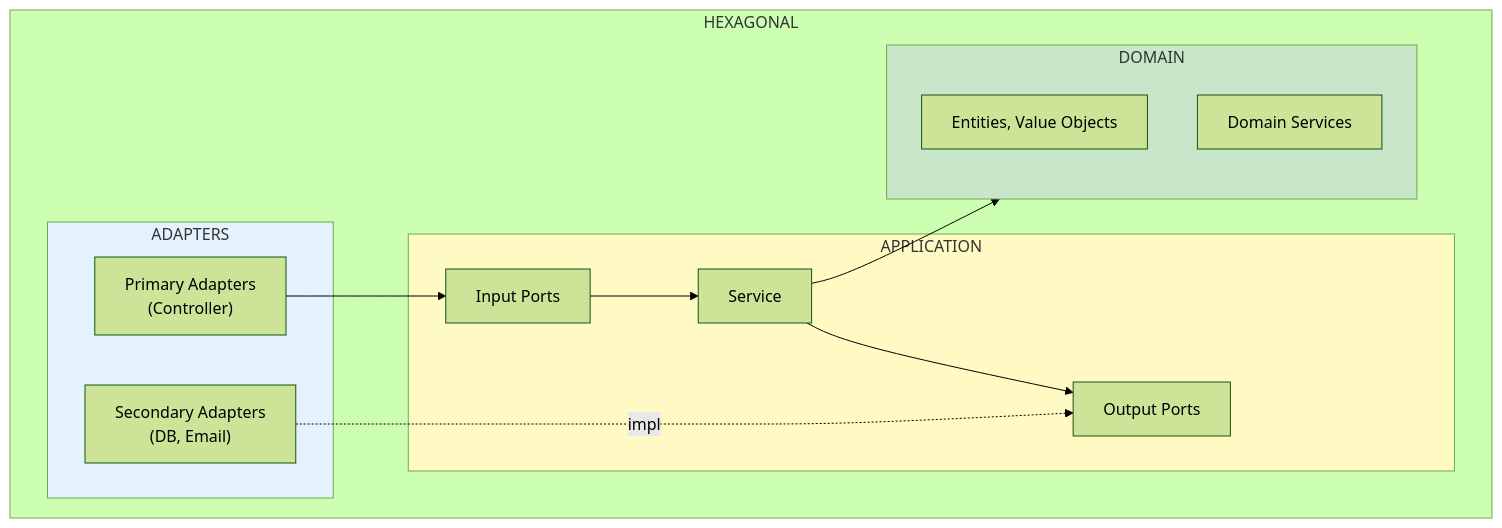
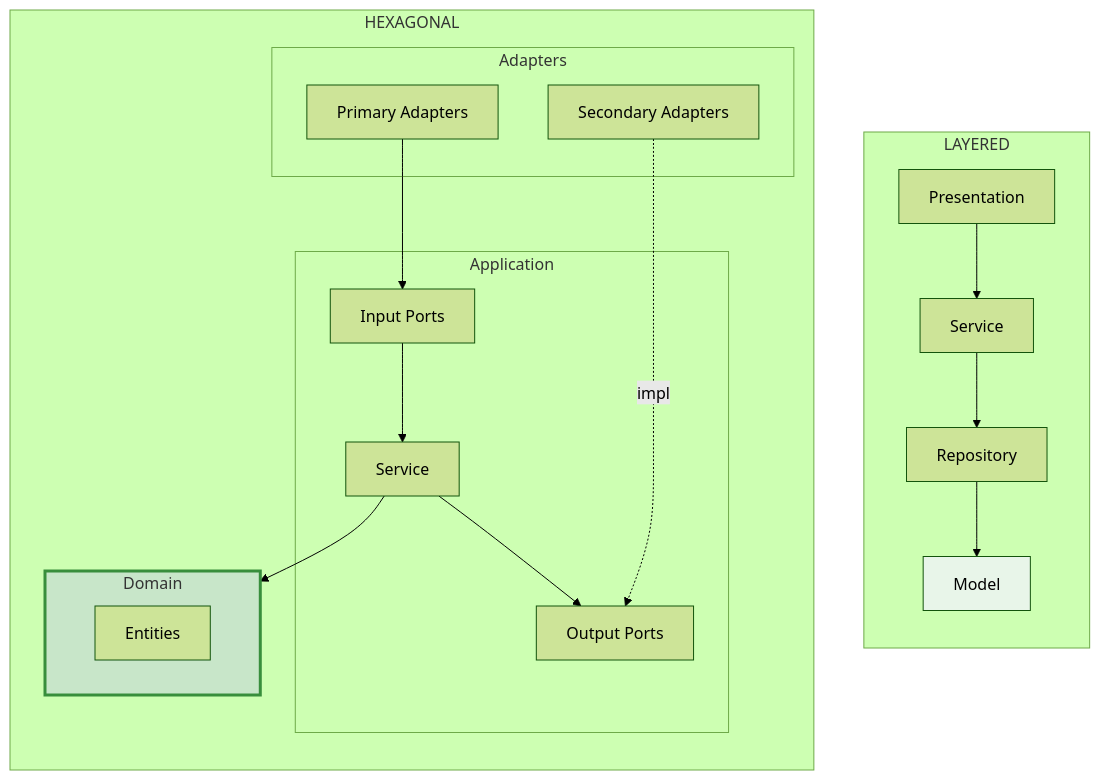
The tenth of 18 diagrams in tutorialHexagonal.md (travelplanner04/ddd-example), drawn with Mermaid (forest theme) before and after one commit. The commit also changed other lines of this file and 2 other files, not shown here.

````diff
--- a/tutorialHexagonal.md
+++ b/tutorialHexagonal.md
@@ -281,30 +376,36 @@
 ```mermaid
 graph TB
-    subgraph "HEXAGONAL"
-        subgraph Adapters ["ADAPTERS"]
-            PA["Primary Adapters<br/>(Controller)"]
-            SA["Secondary Adapters<br/>(DB, Email)"]
+    subgraph Layered ["LAYERED"]
+        direction TB
+        LP[Presentation]
+        LS[Service]
+        LR[Repository]
+        LM[Model]
+        LP --> LS --> LR --> LM
+    end
+
+    subgraph Hexagonal ["HEXAGONAL"]
+        direction TB
+        subgraph HA ["Adapters"]
+            HPA[Primary Adapters]
+            HSA[Secondary Adapters]
+        end
+        subgraph HAP ["Application"]
+            HIP[Input Ports]
+            HS[Service]
+            HOP[Output Ports]
+        end
+        subgraph HD ["Domain"]
+            HM[Entities]
         end
 
-        subgraph Application ["APPLICATION"]
-            IP["Input Ports"]
-            Service["Service"]
-            OP["Output Ports"]
-        end
-
-        subgraph Domain ["DOMAIN"]
-            Entities["Entities, Value Objects"]
-            DS["Domain Services"]
-        end
-
-        PA --> IP
-        IP --> Service
-        Service --> OP
-        Service --> Domain
-        SA -.->|"impl"| OP
+        HPA --> HIP
+        HIP --> HS
+        HS --> HOP
+        HS --> HD
+        HSA -.->|impl| HOP
     end
 
-    style Domain fill:#c8e6c9
-    style Application fill:#fff9c4
-    style Adapters fill:#e3f2fd
+    style LM fill:#e8f5e9
+    style HD fill:#c8e6c9,stroke:#388e3c,stroke-width:3px
 ```
````
